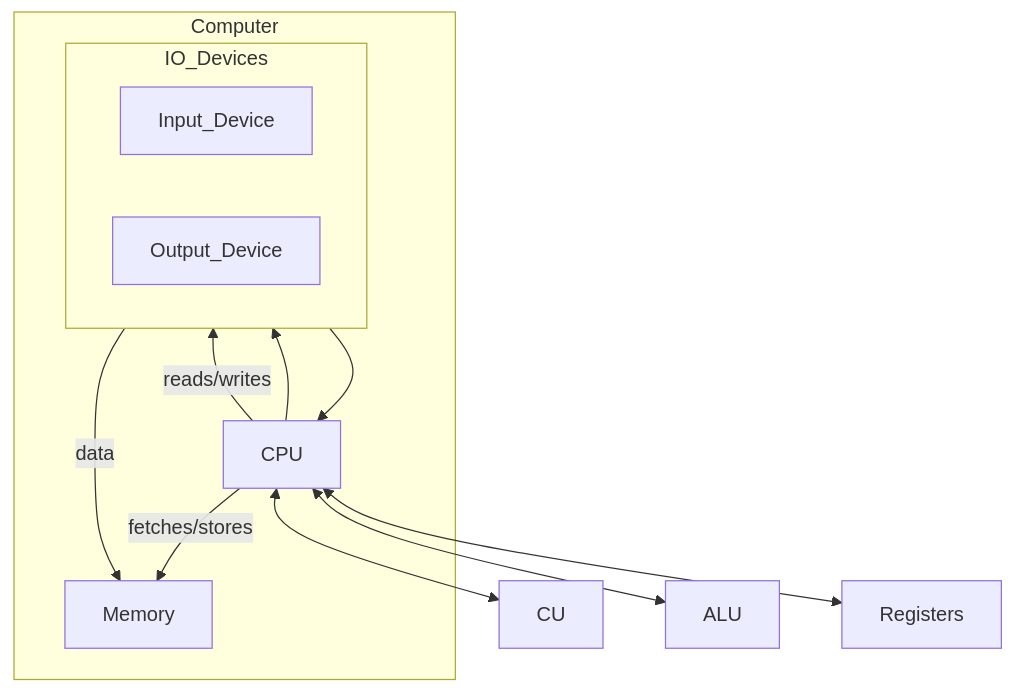
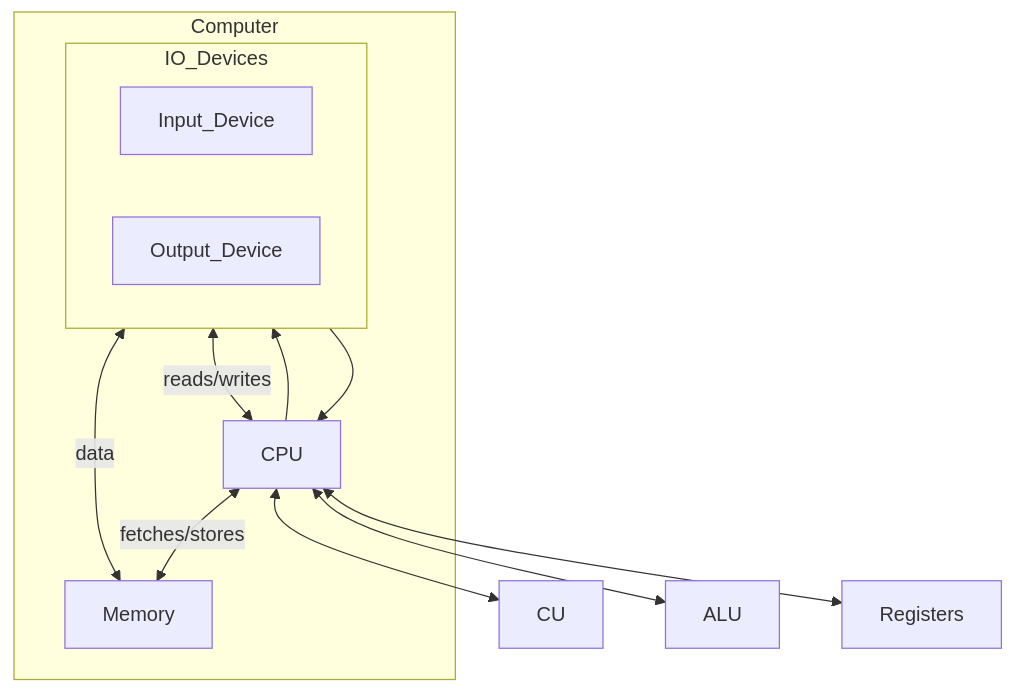
The diagram in mermaid-diagrams/01_von_neumann.mmd (nv-mldev/system-design), drawn with Mermaid before and after one commit. The commit also changed 49 other files, not shown here.

```diff
--- a/mermaid-diagrams/01_von_neumann.mmd
+++ b/mermaid-diagrams/01_von_neumann.mmd
@@ -1,12 +1,12 @@
 graph TD
     subgraph Computer
-        CPU -- "fetches/stores" --> Memory;
-        CPU -- "reads/writes" --> IO_Devices;
-        IO_Devices -- "data" --> Memory;
+        CPU -- "fetches/stores" <--> Memory;
+        CPU -- "reads/writes" <--> IO_Devices;
+        IO_Devices -- "data" <--> Memory;
     end
     CPU <--> CU & ALU & Registers;
     subgraph IO_Devices
         direction LR
         Input_Device --> CPU;
         CPU --> Output_Device;
     end
```
